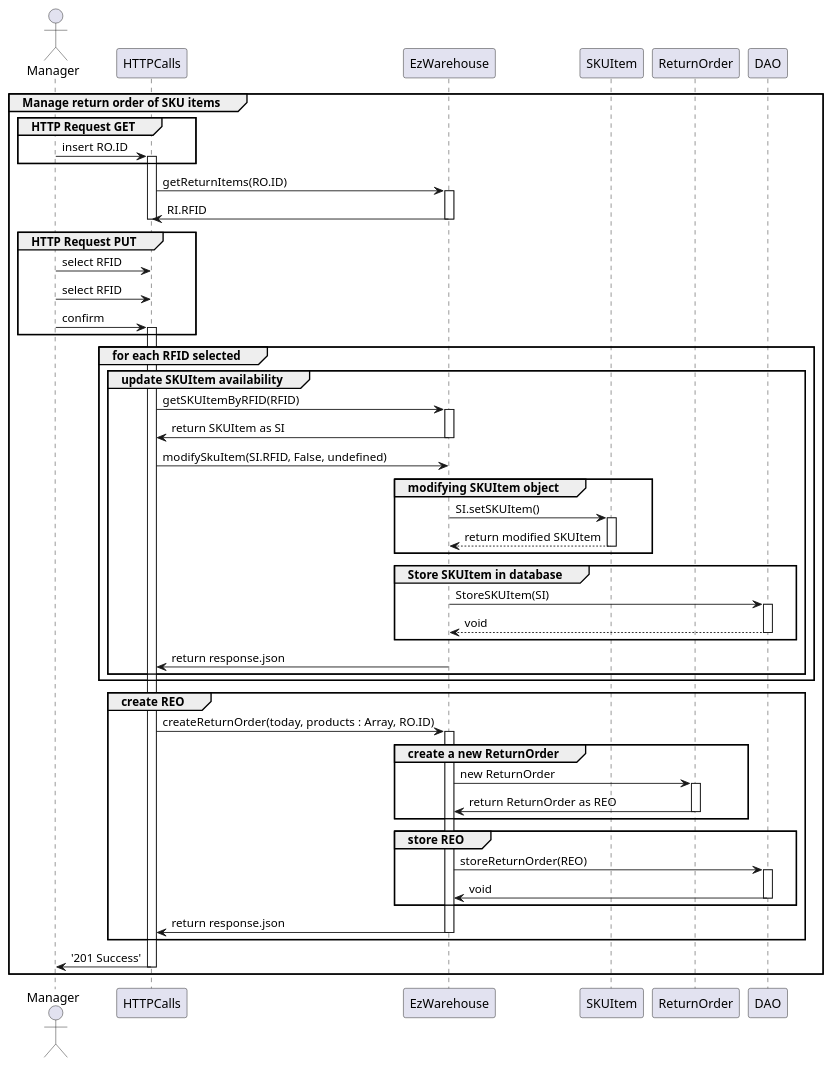
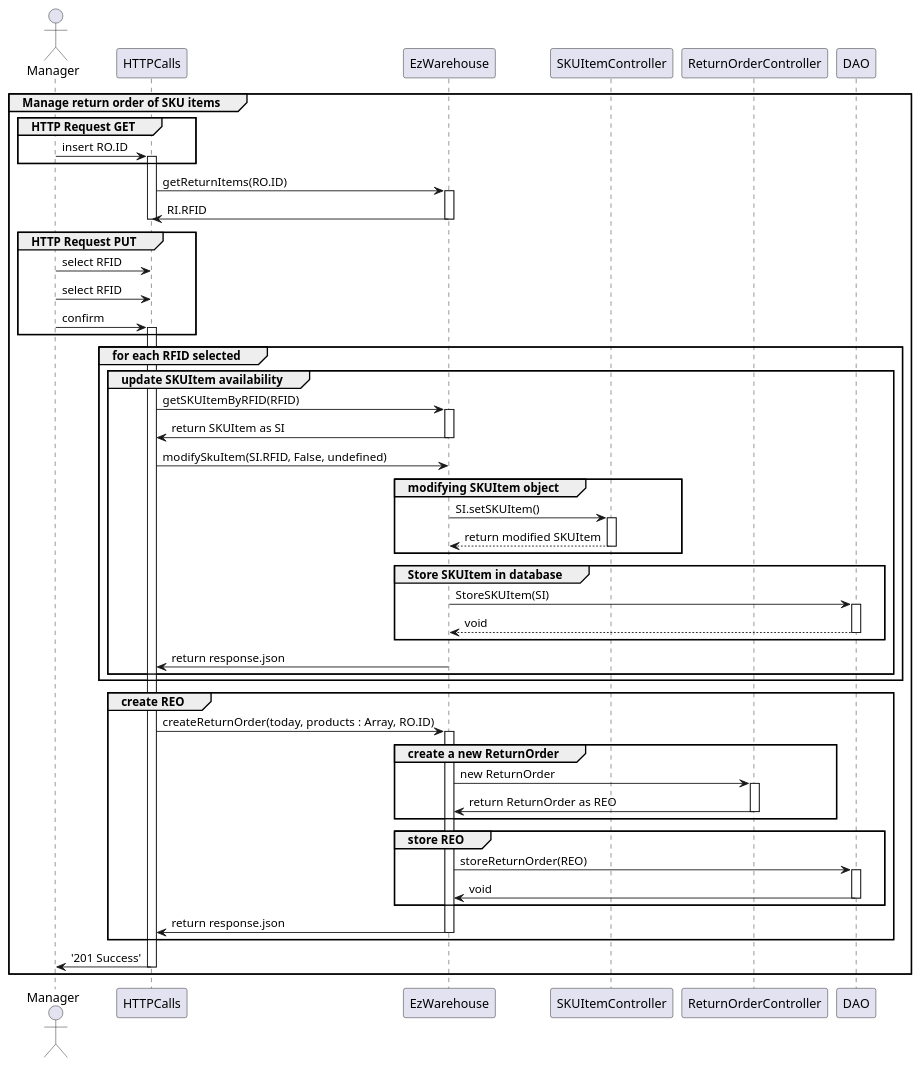
Before and after one commit to DavideArcolini/SoftEng_garbageCollector: diagram 13 of 19 in DesignDocument.md, drawn with PlantUML. The commit also changed other lines of this file and 5 other files, not shown here.

````diff
--- a/DesignDocument.md
+++ b/DesignDocument.md
@@ -838,77 +844,77 @@
 ```plantuml
 group Manage return order of SKU items
 actor Manager
 participant HTTPCalls as HTTPCalls
 participant EzWarehouse as EzWarehouse
-participant SKUItem 
-participant ReturnOrder
+participant SKUItemController as SKUItem 
+participant ReturnOrderController as ReturnOrder
 participant DAO as DAO
 
 group HTTP Request GET
 Manager -> HTTPCalls : insert RO.ID
 activate HTTPCalls
 end
 HTTPCalls->EzWarehouse: getReturnItems(RO.ID)
 activate EzWarehouse
 HTTPCalls<-EzWarehouse: RI.RFID
 deactivate EzWarehouse
 deactivate HTTPCalls
 
 group HTTP Request PUT
 Manager -> HTTPCalls : select RFID  
 Manager -> HTTPCalls : select RFID
 Manager -> HTTPCalls : confirm 
 activate HTTPCalls
 end
 
 
 group for each RFID selected
 group update SKUItem availability
 HTTPCalls -> EzWarehouse : getSKUItemByRFID(RFID)
 activate EzWarehouse
 HTTPCalls <- EzWarehouse : return SKUItem as SI
 deactivate EzWarehouse
 HTTPCalls->EzWarehouse: modifySkuItem(SI.RFID, False, undefined)
 group modifying SKUItem object
 EzWarehouse -> SKUItem: SI.setSKUItem()
 activate SKUItem
 SKUItem --> EzWarehouse: return modified SKUItem
 deactivate SKUItem
 end
 
 group Store SKUItem in database
 EzWarehouse -> DAO: StoreSKUItem(SI)
 activate DAO
 DAO --> EzWarehouse: void
 deactivate DAO
 end
 
 activate EzWarehouse
 HTTPCalls <- EzWarehouse: return response.json
 deactivate EzWarehouse
 end
 end
 group create REO
 HTTPCalls->EzWarehouse: createReturnOrder(today, products : Array, RO.ID) 
 activate EzWarehouse
 group create a new ReturnOrder
 EzWarehouse->ReturnOrder: new ReturnOrder
 activate ReturnOrder
 EzWarehouse<-ReturnOrder: return ReturnOrder as REO
 deactivate ReturnOrder
 end 
 group store REO 
 EzWarehouse->DAO: storeReturnOrder(REO)
 activate DAO
 EzWarehouse<-DAO: void
 deactivate DAO
 end
 HTTPCalls<-EzWarehouse: return response.json
 deactivate EzWarehouse
 end
 
 HTTPCalls->Manager: '201 Success'
 deactivate HTTPCalls
 
 end
-``` 
+```
````
